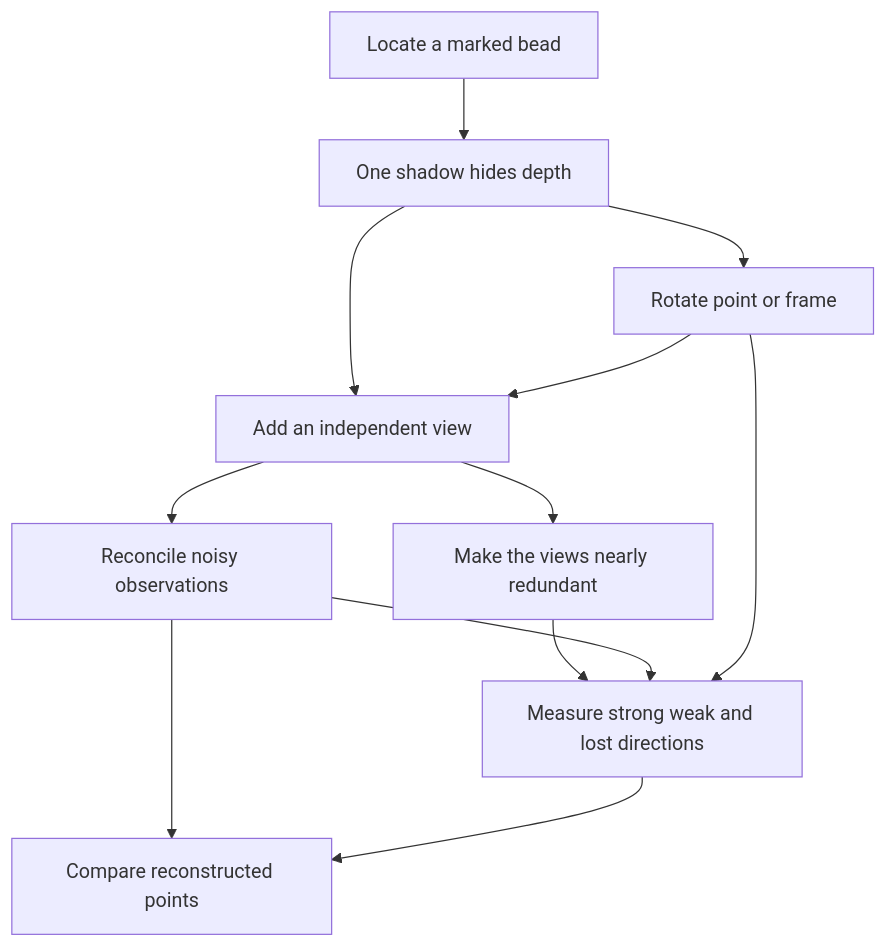
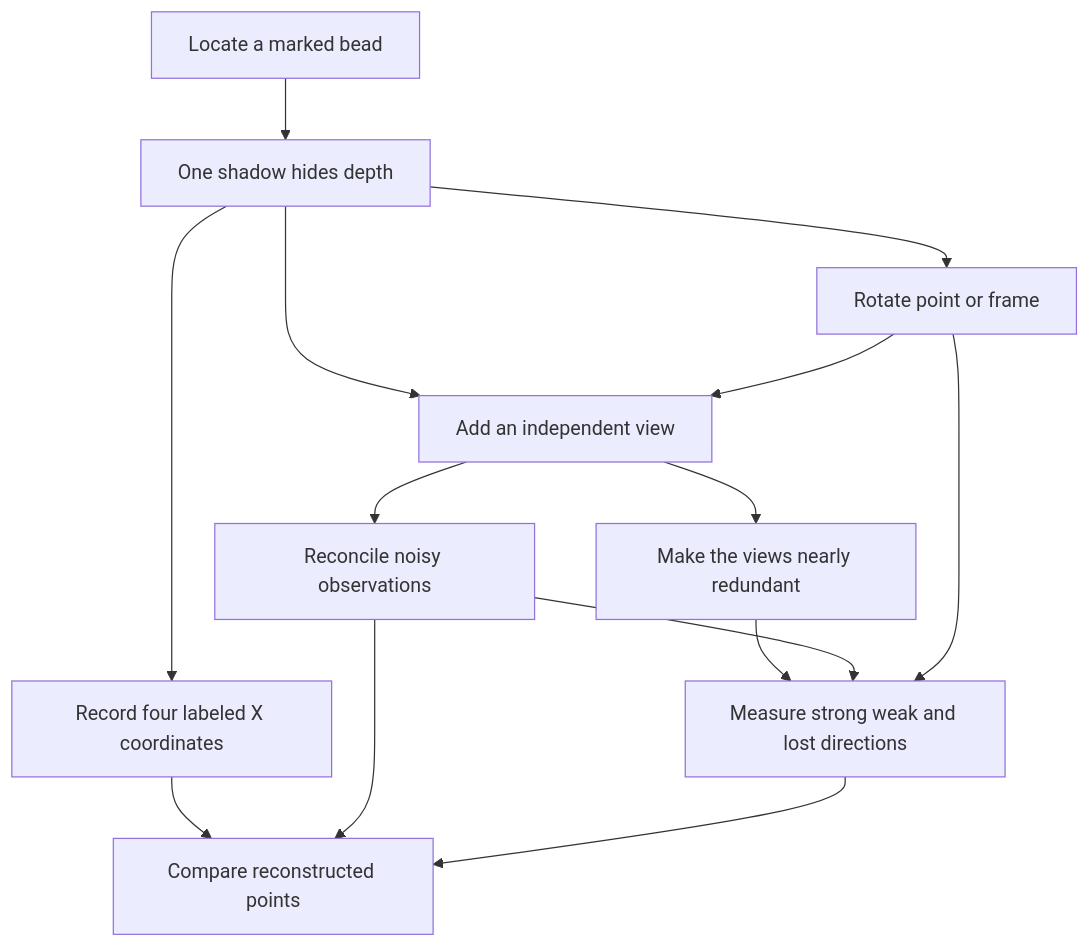
One commit to archipelagoing/Math4MLBook changed the diagram in analogy/systems/shadows/canon.md. Above: the diagram before and after it, drawn with Mermaid. The commit also changed other lines of this file and 27 other files, not shown here.

````diff
--- a/analogy/systems/shadows/canon.md
+++ b/analogy/systems/shadows/canon.md
@@ -236,14 +236,16 @@
 ```mermaid
 flowchart TD
     MARK[Locate a marked bead] --> ONE[One shadow hides depth]
     ONE --> TWO[Add an independent view]
+    ONE --> PROFILE[Record four labeled X coordinates]
+    PROFILE --> CLOUD
     TWO --> FIT[Reconcile noisy observations]
     ONE --> TURN[Rotate point or frame]
     TURN --> TWO
     TWO --> ANGLE[Make the views nearly redundant]
     ANGLE --> MODES[Measure strong weak and lost directions]
     FIT --> MODES
     TURN --> MODES
     FIT --> CLOUD[Compare reconstructed points]
     MODES --> CLOUD
 ```
````
